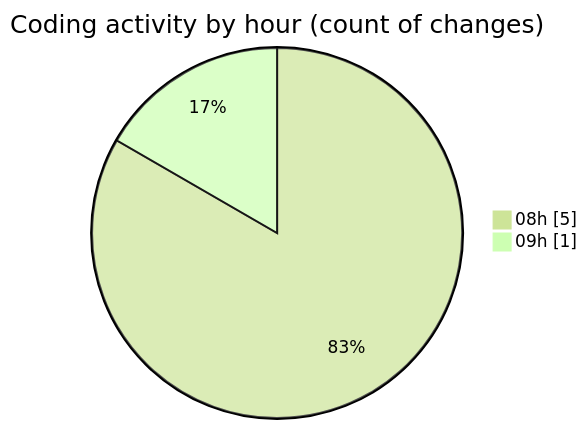
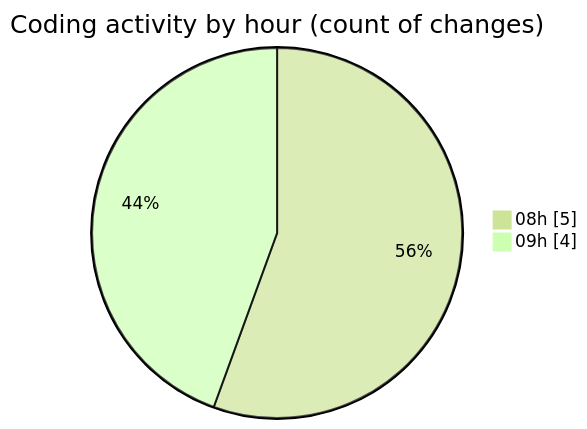
One commit to ricardozamudiocil/code-tracking changed the second of 2 diagrams in 2026-05-05/cilapp/README.md. Above: the diagram before and after it, drawn with Mermaid (forest theme). The commit also changed other lines of this file and 1 other file, not shown here.

````diff
--- a/2026-05-05/cilapp/README.md
+++ b/2026-05-05/cilapp/README.md
@@ -33,6 +33,6 @@
 ```mermaid
 pie showData
 title Coding activity by hour (count of changes)
 "08h" : 5
-"09h" : 1
+"09h" : 4
 ```
````
